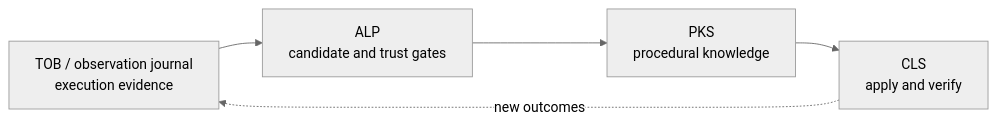
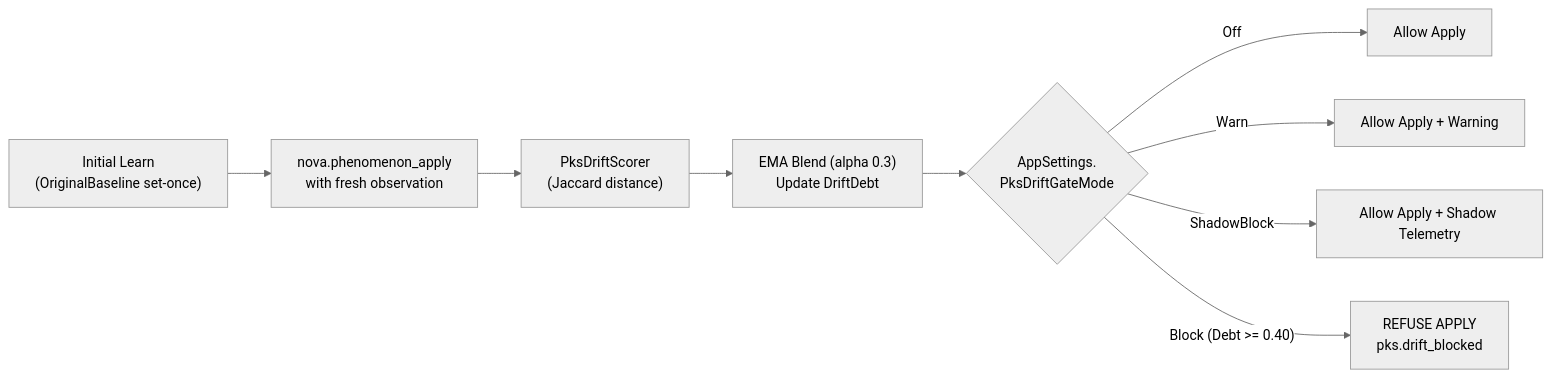
Before and after one commit to joelaniol/nova: the third of 5 diagrams in docs/core-features/learning/phenomenological-knowledge-store-pks/README.md, drawn with Mermaid (neutral theme). The commit also changed other lines of this file and 18 other files, not shown here.

````diff
--- a/docs/core-features/learning/phenomenological-knowledge-store-pks/README.md
+++ b/docs/core-features/learning/phenomenological-knowledge-store-pks/README.md
@@ -64,7 +312,11 @@
 ```mermaid
 flowchart LR
-    Evidence["TOB / observation journal<br/>execution evidence"] --> Learning["ALP<br/>candidate and trust gates"]
-    Learning --> Knowledge["PKS<br/>procedural knowledge"]
-    Knowledge --> Apply["CLS<br/>apply and verify"]
-    Apply -. new outcomes .-> Evidence
+    Learn["Initial Learn<br/>(OriginalBaseline set-once)"] --> Apply["nova.phenomenon_apply<br/>with fresh observation"]
+    Apply --> Scorer["PksDriftScorer<br/>(Jaccard distance)"]
+    Scorer --> EMA["EMA Blend (alpha 0.3)<br/>Update DriftDebt"]
+    EMA --> Gate{"AppSettings.<br/>PksDriftGateMode"}
+    Gate -- "Off" --> Allow["Allow Apply"]
+    Gate -- "Warn" --> Warn["Allow Apply + Warning"]
+    Gate -- "ShadowBlock" --> Shadow["Allow Apply + Shadow Telemetry"]
+    Gate -- "Block (Debt >= 0.40)" --> Block["REFUSE APPLY<br/>pks.drift_blocked"]
 ```
````
